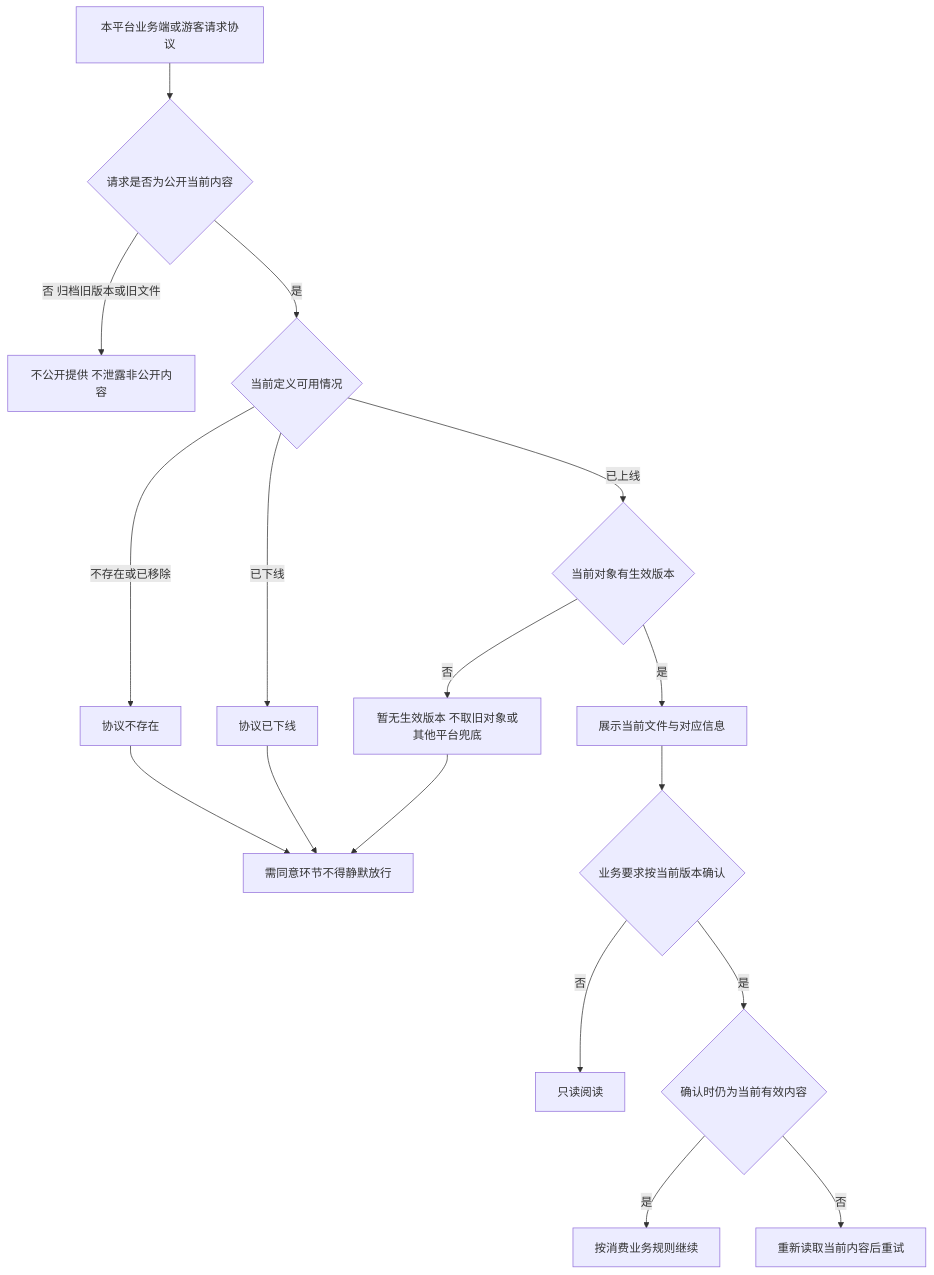
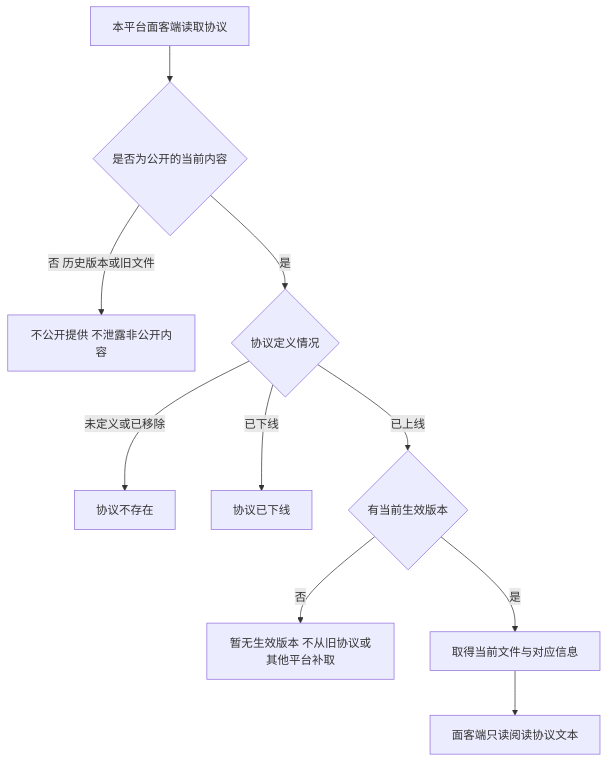
One commit to wxblockchain/Chain-Financing changed the fourth of 8 diagrams in lending-platform/PRD/运营端/03-运营端协议管理/02-运营端协议管理-流程图与状态机.md. Above: the diagram before and after it, drawn with Mermaid. The commit also changed other lines of this file and 6 other files, not shown here.

````diff
--- a/lending-platform/PRD/运营端/03-运营端协议管理/02-运营端协议管理-流程图与状态机.md
+++ b/lending-platform/PRD/运营端/03-运营端协议管理/02-运营端协议管理-流程图与状态机.md
@@ -120,19 +117,12 @@
 ```mermaid
 flowchart TD
-    A[本平台业务端或游客请求协议] --> B{请求是否为公开当前内容}
-    B -->|否 归档旧版本或旧文件| C[不公开提供 不泄露非公开内容]
-    B -->|是| D{当前定义可用情况}
-    D -->|不存在或已移除| E[协议不存在]
+    A[本平台面客端读取协议] --> B{是否为公开的当前内容}
+    B -->|否 历史版本或旧文件| C[不公开提供 不泄露非公开内容]
+    B -->|是| D{协议定义情况}
+    D -->|未定义或已移除| E[协议不存在]
     D -->|已下线| F[协议已下线]
-    D -->|已上线| G{当前对象有生效版本}
-    G -->|否| H[暂无生效版本 不取旧对象或其他平台兜底]
-    G -->|是| I[展示当前文件与对应信息]
-    I --> J{业务要求按当前版本确认}
-    J -->|否| K[只读阅读]
-    J -->|是| L{确认时仍为当前有效内容}
-    L -->|是| M[按消费业务规则继续]
-    L -->|否| N[重新读取当前内容后重试]
-    E --> O[需同意环节不得静默放行]
-    F --> O
-    H --> O
+    D -->|已上线| G{有当前生效版本}
+    G -->|否| H[暂无生效版本 不从旧协议或其他平台补取]
+    G -->|是| I[取得当前文件与对应信息]
+    I --> J[面客端只读阅读协议文本]
 ```
````
